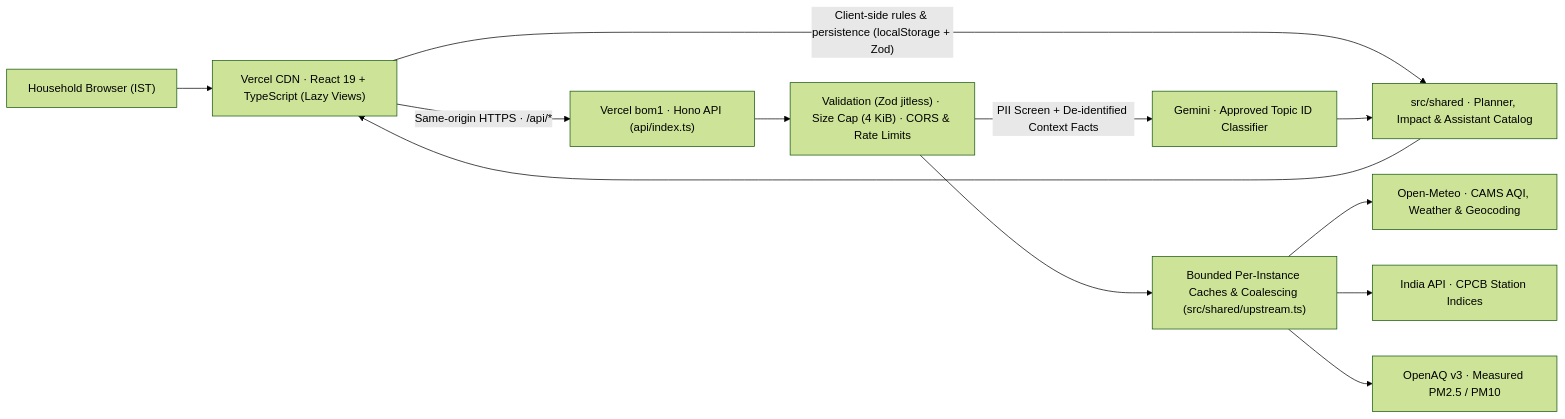
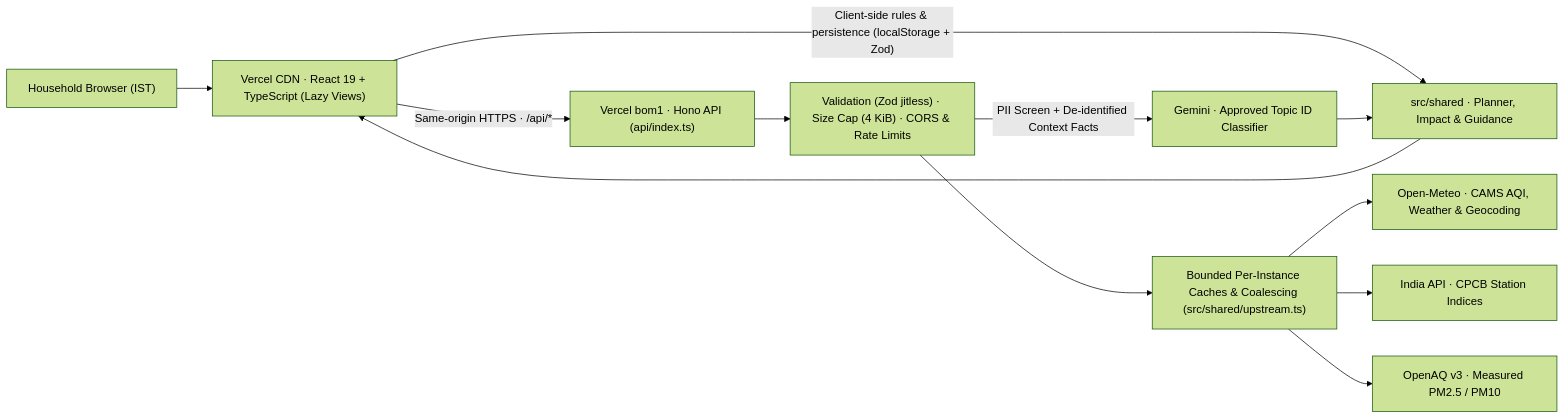
The diagram in README.md (jatinkumar11954/AQI), drawn with Mermaid (forest theme) before and after one commit. The commit also changed other lines of this file and 16 other files, not shown here.

Commit message:
Separate SaansAI guidance from planner rules

````diff
--- a/README.md
+++ b/README.md
@@ -40,14 +40,14 @@
 ```mermaid
 flowchart LR
   USER["Household Browser (IST)"] --> CLIENT["Vercel CDN · React 19 + TypeScript (Lazy Views)"]
-  CLIENT -->|"Client-side rules & persistence (localStorage + Zod)"| SHARED["src/shared · Planner, Impact & Assistant Catalog"]
+  CLIENT -->|"Client-side rules & persistence (localStorage + Zod)"| SHARED["src/shared · Planner, Impact & Guidance"]
   CLIENT -->|"Same-origin HTTPS · /api/*"| API["Vercel bom1 · Hono API (api/index.ts)"]
   API --> GUARD["Validation (Zod jitless) · Size Cap (4 KiB) · CORS & Rate Limits"]
   GUARD --> CACHE["Bounded Per-Instance Caches & Coalescing (src/shared/upstream.ts)"]
   CACHE --> CAMS["Open-Meteo · CAMS AQI, Weather & Geocoding"]
   CACHE --> RELAY["India API · CPCB Station Indices"]
   CACHE --> OPENAQ["OpenAQ v3 · Measured PM2.5 / PM10"]
   GUARD -->|"PII Screen + De-identified Context Facts"| GEMINI["Gemini · Approved Topic ID Classifier"]
   GEMINI --> SHARED
   SHARED --> CLIENT
 ```
````
